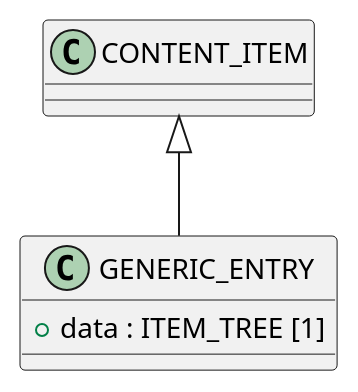
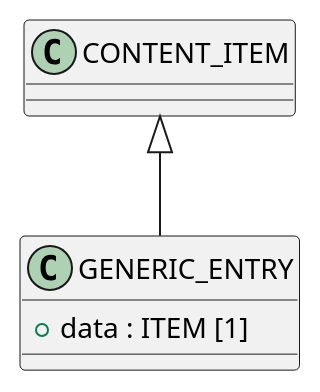
One commit to sebastian-iancu/code-generator changed the diagram in code/Adoc/openehr_rm_1.2.0/plantUML/packages/org.openehr.rm.integration.adoc. Above: the diagram before and after it, drawn with PlantUML. The commit also changed 719 other files, not shown here.

```diff
--- a/code/Adoc/openehr_rm_1.2.0/plantUML/packages/org.openehr.rm.integration.adoc
+++ b/code/Adoc/openehr_rm_1.2.0/plantUML/packages/org.openehr.rm.integration.adoc
@@ -1,12 +1,12 @@
 [plantuml,org.openehr.rm.integration,format=svg,svg-type="inline"]
 -----
 @startuml
 
 class GENERIC_ENTRY {
-  + data : ITEM_TREE [1]
+  + data : ITEM [1]
 }
 
 CONTENT_ITEM <|-- GENERIC_ENTRY
 
 @enduml
 -----
```
